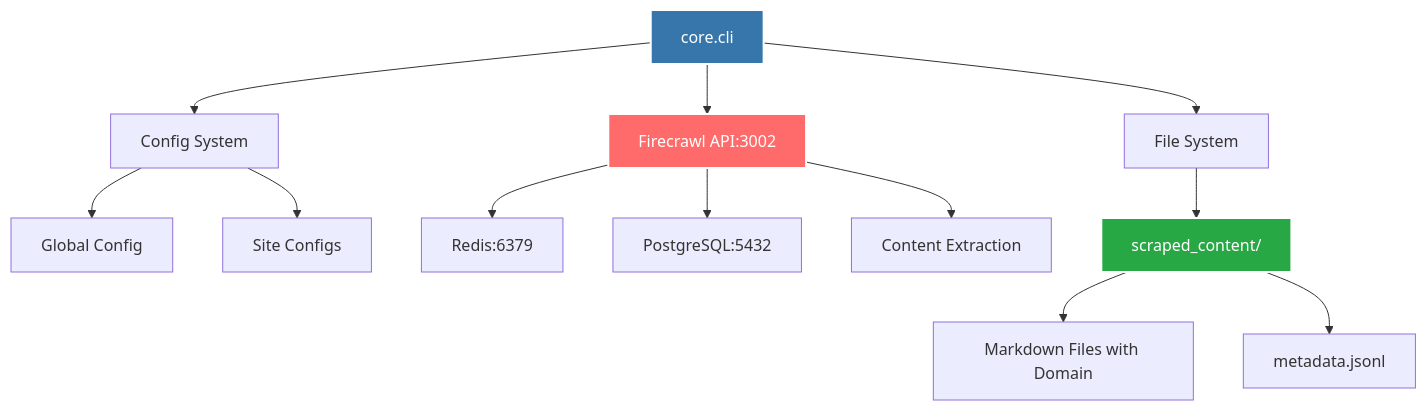
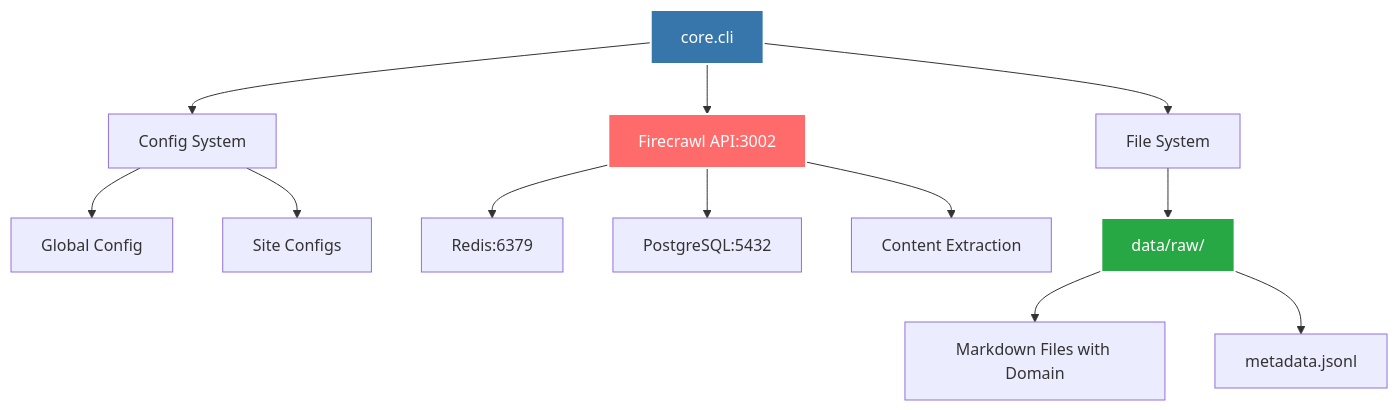
The first of 3 diagrams in readme.markdown (lopezbec/cocina-dominicana-crawl_Dominican_LLM_project), drawn with Mermaid before and after one commit. The commit also changed other lines of this file and 3 other files, not shown here.

````diff
--- a/readme.markdown
+++ b/readme.markdown
@@ -22,18 +22,18 @@
 ```mermaid
 graph TB
     A[core.cli] --> B[Firecrawl API:3002]
     A --> C[Config System]
     C --> D[Global Config]
     C --> E[Site Configs]
     B --> F[Redis:6379]
     B --> G[PostgreSQL:5432]
     B --> H[Content Extraction]
     A --> I[File System]
-    I --> J[scraped_content/]
+    I --> J[data/raw/]
     J --> K[Markdown Files with Domain]
     J --> L[metadata.jsonl]
     
     style A fill:#3776AB,stroke:#fff,stroke-width:2px,color:#fff
     style B fill:#FF6B6B,stroke:#fff,stroke-width:2px,color:#fff
     style J fill:#28a745,stroke:#fff,stroke-width:2px,color:#fff
 ```
````
